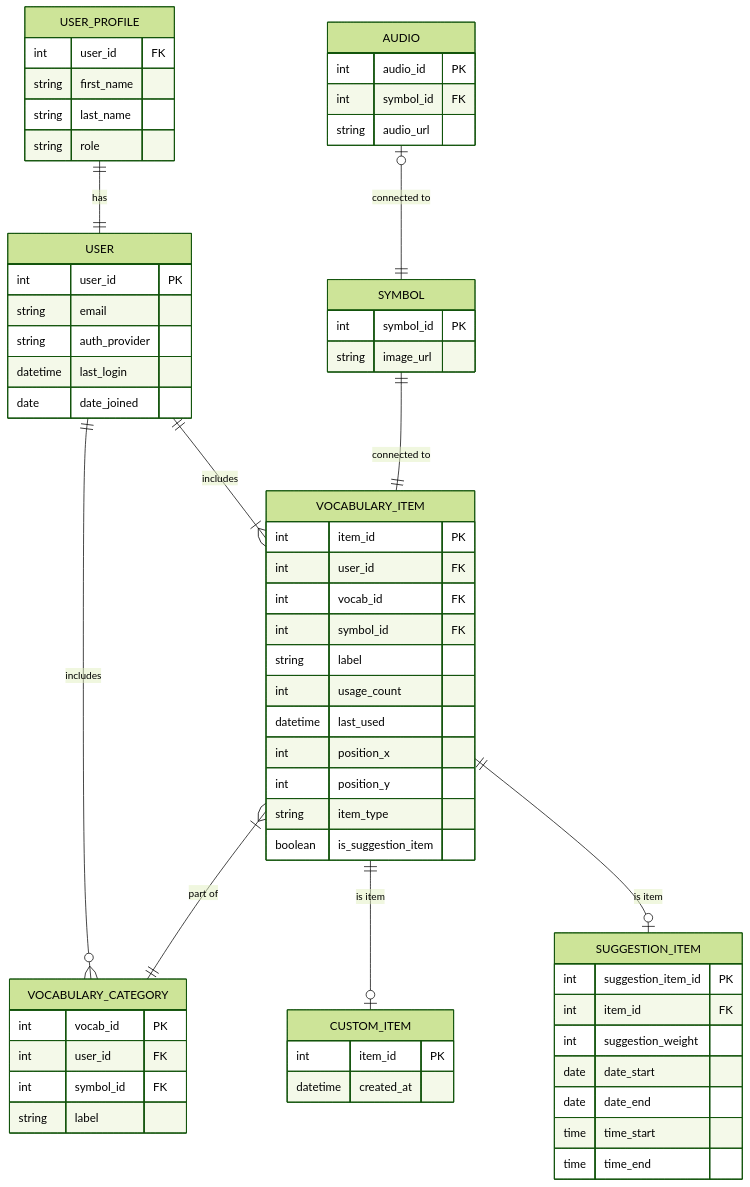
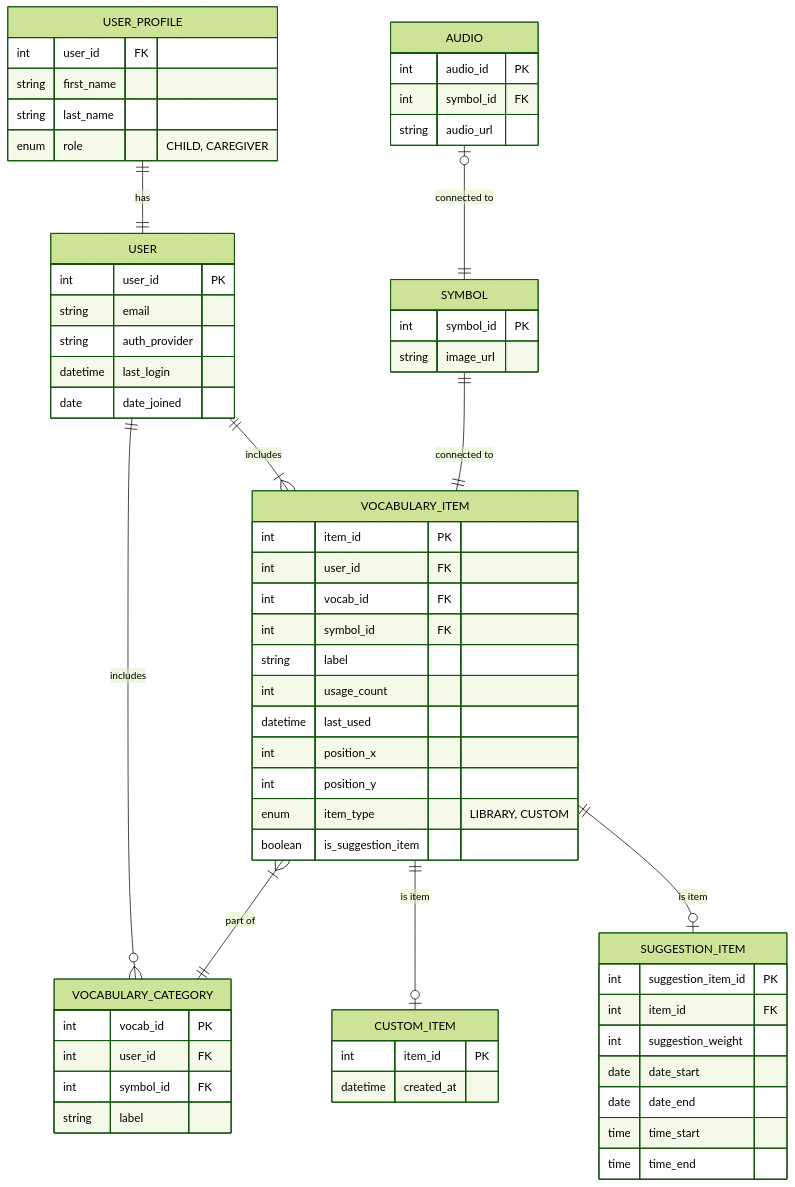
One commit to Capstone-Projects-2026-spring/project-smart-lang changed the diagram in documentation/docs/system-architecture/database_diagram.md. Above: the diagram before and after it, drawn with Mermaid (forest theme). The commit also changed other lines of this file, not shown here.

Commit message:
minor fixes

````diff
--- a/documentation/docs/system-architecture/database_diagram.md
+++ b/documentation/docs/system-architecture/database_diagram.md
@@ -9,73 +9,73 @@
 ```mermaid
 erDiagram
     USER {
         int user_id PK
         string email
         string auth_provider
         datetime last_login
         date date_joined
     }
 
     USER_PROFILE {
         int user_id FK
         string first_name
         string last_name
-        string role
+        enum role  "CHILD, CAREGIVER"
     }
 
     VOCABULARY_CATEGORY {
         int vocab_id PK
         int user_id FK
         int symbol_id FK
         string label
     }
 
     VOCABULARY_ITEM {
         int item_id PK
         int user_id FK
         int vocab_id FK
         int symbol_id FK
         string label
         int usage_count
         datetime last_used
         int position_x
         int position_y
-        string item_type
+        enum item_type  "LIBRARY, CUSTOM"  
         boolean is_suggestion_item
     }
 
     CUSTOM_ITEM {
         int item_id PK
         datetime created_at
     }
 
     SUGGESTION_ITEM {
         int suggestion_item_id PK
         int item_id FK
         int suggestion_weight
         date date_start
         date date_end
         time time_start
         time time_end
     }
 
     SYMBOL {
         int symbol_id PK
         string image_url
     }
 
     AUDIO {
         int audio_id PK
         int symbol_id FK
         string audio_url
     }
 
     USER ||--|{ VOCABULARY_ITEM : "includes"
     USER ||--o{ VOCABULARY_CATEGORY : "includes"
     VOCABULARY_ITEM }|--|| VOCABULARY_CATEGORY : "part of"
     VOCABULARY_ITEM ||--o| CUSTOM_ITEM : "is item"
     VOCABULARY_ITEM ||--o| SUGGESTION_ITEM : "is item"
     SYMBOL ||--|| VOCABULARY_ITEM : "connected to"
     AUDIO |o--|| SYMBOL : "connected to"
     USER_PROFILE ||--|| USER : "has"
 ```
````
